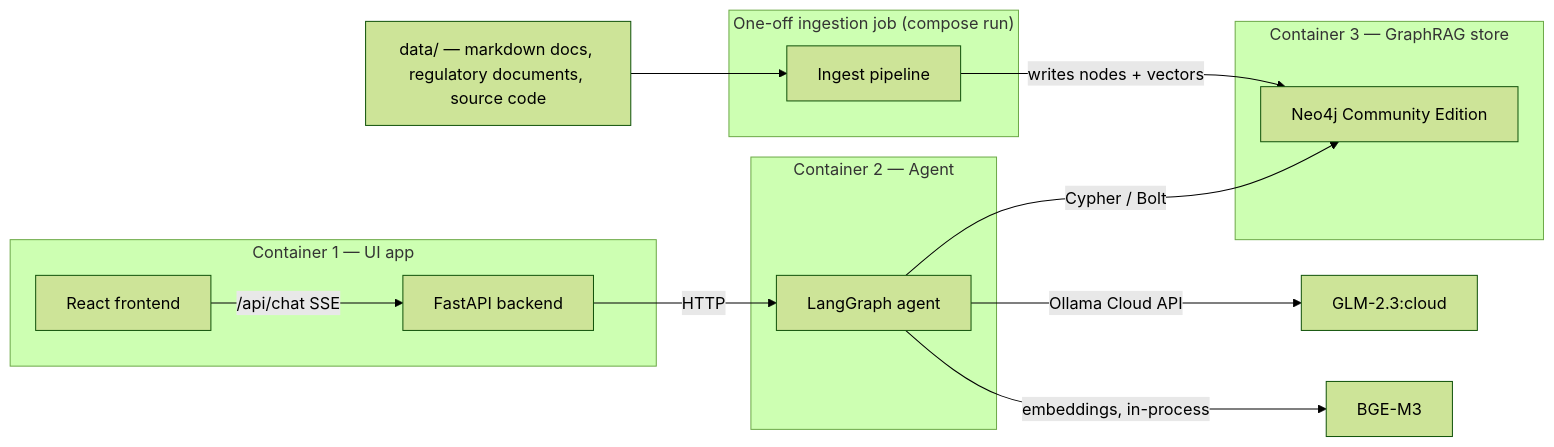
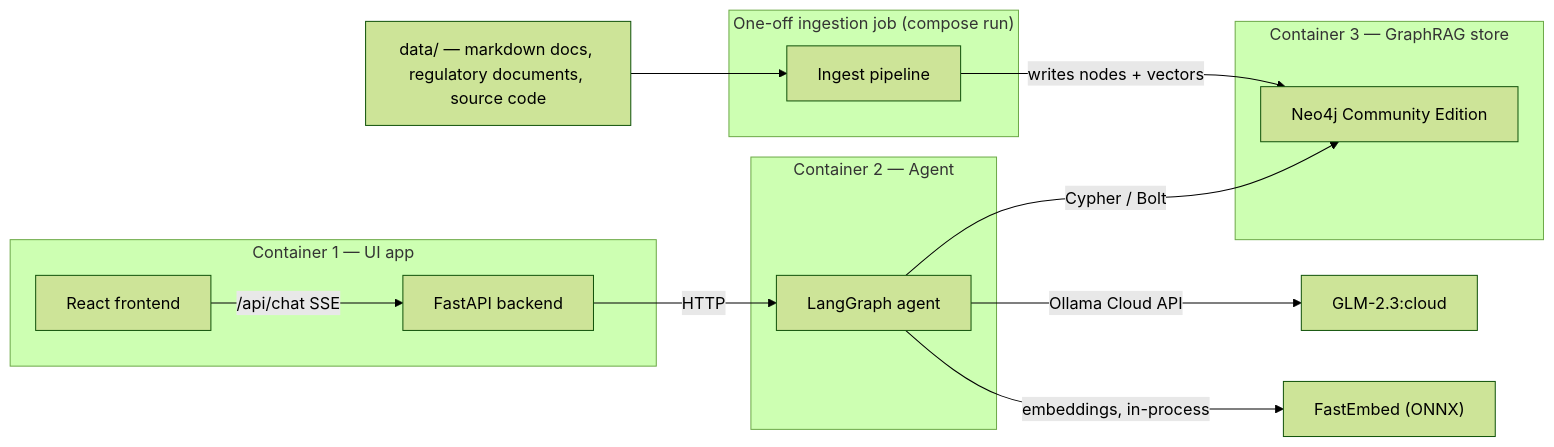
Before and after one commit to tomconn/graphrag: the diagram in README.md, drawn with Mermaid (forest theme). The commit also changed other lines of this file, not shown here.

````diff
--- a/README.md
+++ b/README.md
@@ -37,29 +37,29 @@
 ```mermaid
 flowchart LR
     subgraph ui["Container 1 — UI app"]
         REACT["React frontend"]
         FASTAPI["FastAPI backend"]
     end
 
     subgraph agent["Container 2 — Agent"]
         LG["LangGraph agent"]
     end
 
     subgraph neo4j["Container 3 — GraphRAG store"]
         N4J["Neo4j Community Edition"]
     end
 
     subgraph ingest["One-off ingestion job (compose run)"]
         ING["Ingest pipeline"]
     end
 
     CORPUS["data/ — markdown docs, regulatory documents, source code"]
 
     REACT -->|/api/chat SSE| FASTAPI
     FASTAPI -->|HTTP| LG
     LG -->|Cypher / Bolt| N4J
     LG -->|Ollama Cloud API| LLM["GLM-2.3:cloud"]
-    LG -->|embeddings, in-process| EMB["BGE-M3"]
+    LG -->|embeddings, in-process| EMB["FastEmbed (ONNX)"]
     ING -->|writes nodes + vectors| N4J
     CORPUS --> ING
 ```
````
